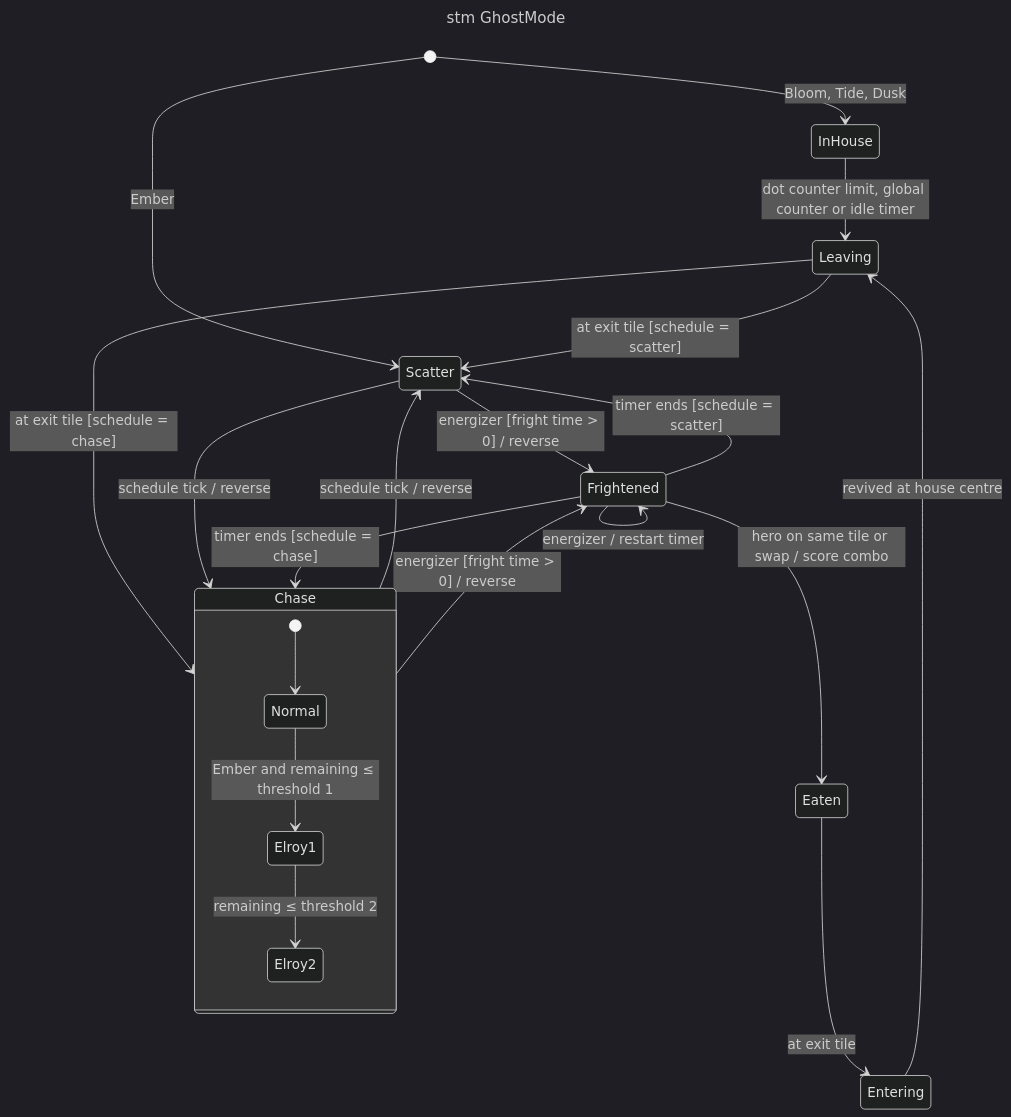
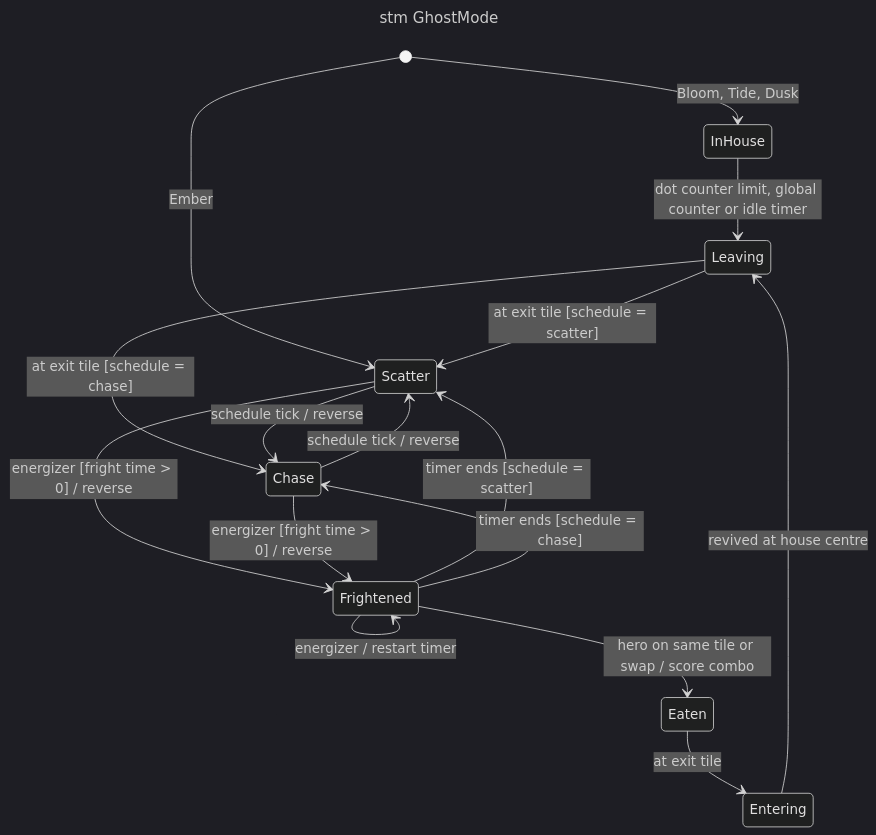
Before and after one commit to benoit-bremaud/retro-maze: the first of 2 diagrams in docs/architecture/diagrams/ghosts/01-state-ghost-mode.md, drawn with Mermaid (dark theme). The commit also changed other lines of this file and 8 other files, not shown here.

````diff
--- a/docs/architecture/diagrams/ghosts/01-state-ghost-mode.md
+++ b/docs/architecture/diagrams/ghosts/01-state-ghost-mode.md
@@ -8,26 +8,21 @@
 ```mermaid
 ---
 title: stm GhostMode
 ---
 stateDiagram-v2
   [*] --> InHouse : Bloom, Tide, Dusk
   [*] --> Scatter : Ember
   InHouse --> Leaving : dot counter limit, global counter or idle timer
   Leaving --> Scatter : at exit tile [schedule = scatter]
   Leaving --> Chase : at exit tile [schedule = chase]
   Scatter --> Chase : schedule tick / reverse
   Chase --> Scatter : schedule tick / reverse
   Scatter --> Frightened : energizer [fright time > 0] / reverse
   Chase --> Frightened : energizer [fright time > 0] / reverse
   Frightened --> Frightened : energizer / restart timer
   Frightened --> Scatter : timer ends [schedule = scatter]
   Frightened --> Chase : timer ends [schedule = chase]
   Frightened --> Eaten : hero on same tile or swap / score combo
   Eaten --> Entering : at exit tile
   Entering --> Leaving : revived at house centre
-  state Chase {
-    [*] --> Normal
-    Normal --> Elroy1 : Ember and remaining ≤ threshold 1
-    Elroy1 --> Elroy2 : remaining ≤ threshold 2
-  }
 ```
````
